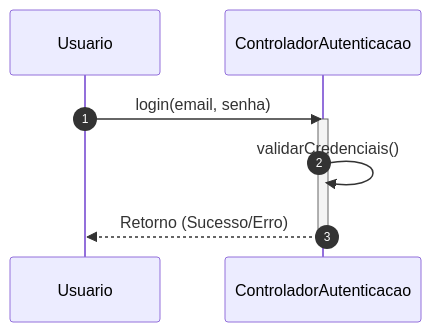
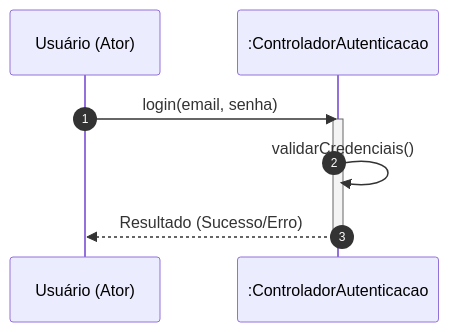
Before and after one commit to MayconDIS/PIM_III-Documentacao_UML: the second of 2 diagrams in PIM_III/02_Modelagem_UML_Astah/UC01_Realizar_Login/README.md, drawn with Mermaid. The commit also changed other lines of this file and 17 other files, not shown here.

````diff
--- a/PIM_III/02_Modelagem_UML_Astah/UC01_Realizar_Login/README.md
+++ b/PIM_III/02_Modelagem_UML_Astah/UC01_Realizar_Login/README.md
@@ -47,11 +47,11 @@
 ```mermaid
 sequenceDiagram
     autonumber
-    participant U as Usuario
-    participant C as ControladorAutenticacao
+    participant U as Usuário (Ator)
+    participant C as :ControladorAutenticacao
     U->>C: login(email, senha)
     activate C
     C->>C: validarCredenciais()
-    C-->>U: Retorno (Sucesso/Erro)
+    C-->>U: Resultado (Sucesso/Erro)
     deactivate C
 ```
````
